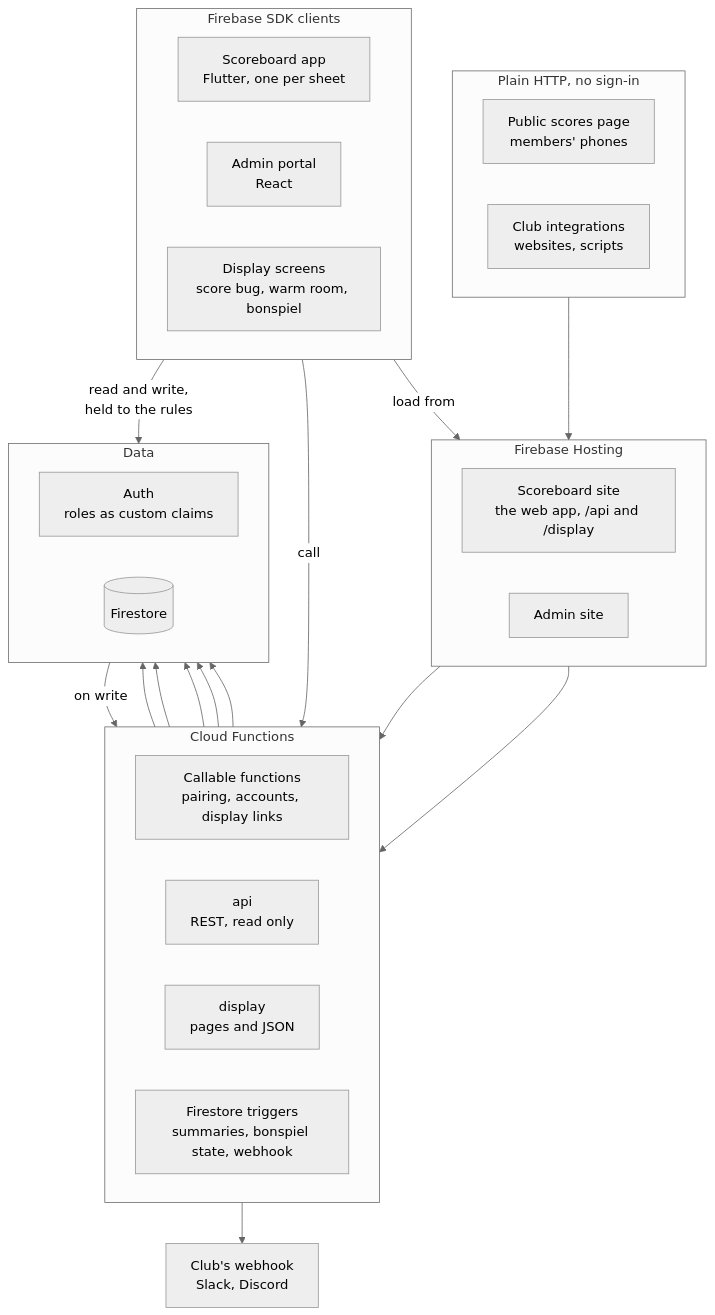
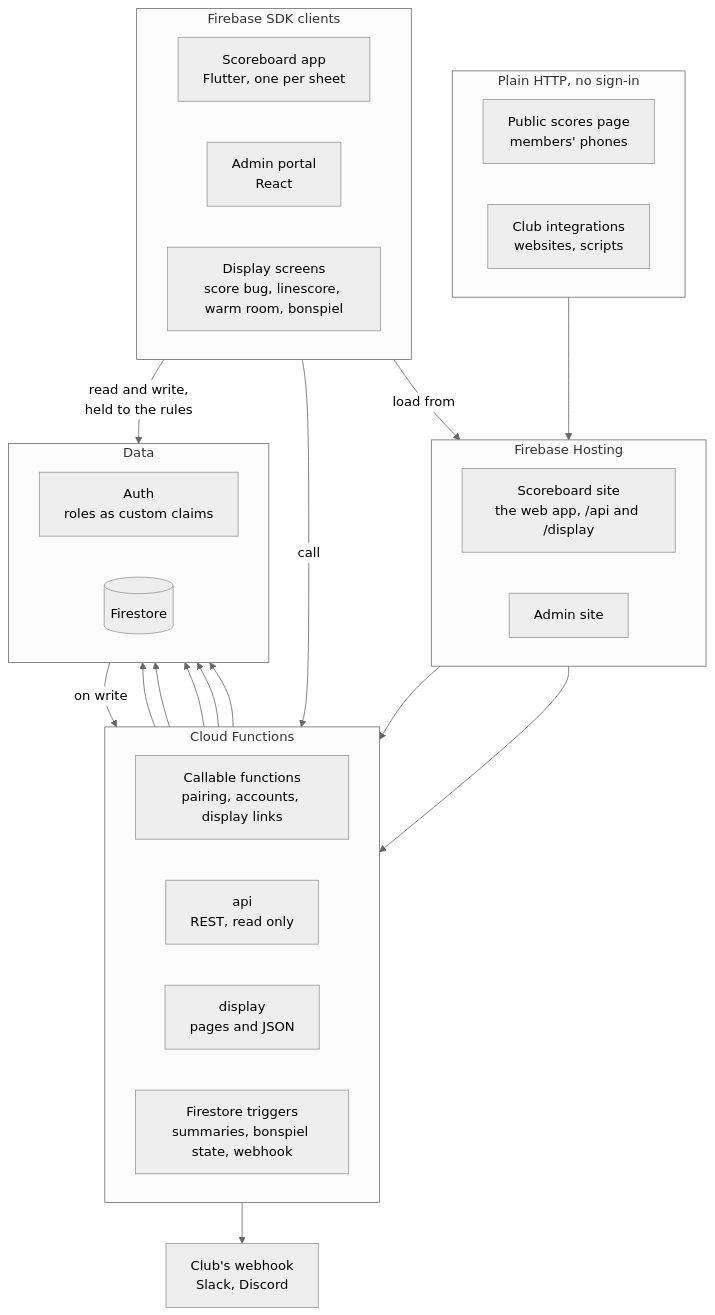
Before and after one commit to CloudgateStudios/curling_scoreboard: the first of 2 diagrams in docs/ARCHITECTURE.md, drawn with Mermaid (neutral theme). The commit also changed other lines of this file and 26 other files, not shown here.

````diff
--- a/docs/ARCHITECTURE.md
+++ b/docs/ARCHITECTURE.md
@@ -13,51 +13,51 @@
 ```mermaid
 flowchart TB
   subgraph sdk["Firebase SDK clients"]
     direction LR
     SB["Scoreboard app<br/>Flutter, one per sheet"]
     AD["Admin portal<br/>React"]
-    DP["Display screens<br/>score bug, warm room, bonspiel"]
+    DP["Display screens<br/>score bug, linescore, warm room, bonspiel"]
   end
 
   subgraph http["Plain HTTP, no sign-in"]
     direction LR
     PS["Public scores page<br/>members' phones"]
     INT["Club integrations<br/>websites, scripts"]
   end
 
   subgraph hosting["Firebase Hosting"]
     direction LR
     APP_SITE["Scoreboard site<br/>the web app, /api and /display"]
     ADMIN_SITE["Admin site"]
   end
 
   subgraph functions["Cloud Functions"]
     direction LR
     CALL["Callable functions<br/>pairing, accounts, display links"]
     API["api<br/>REST, read only"]
     DISP["display<br/>pages and JSON"]
     TRIG["Firestore triggers<br/>summaries, bonspiel state, webhook"]
   end
 
   subgraph data["Data"]
     direction LR
     AUTH["Auth<br/>roles as custom claims"]
     FS[("Firestore")]
   end
 
   HOOK["Club's webhook<br/>Slack, Discord"]
 
   sdk -- "load from" --> hosting
   http --> APP_SITE
   sdk -- "call" --> CALL
   sdk -- "read and write,<br/>held to the rules" --> FS
   APP_SITE --> API
   APP_SITE --> DISP
   CALL --> AUTH
   CALL --> FS
   API --> FS
   DISP --> FS
   FS -- "on write" --> TRIG
   TRIG --> FS
   TRIG --> HOOK
 ```
````
